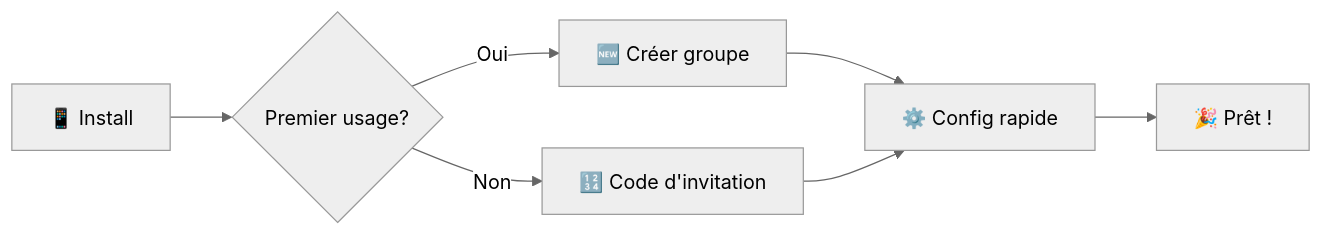
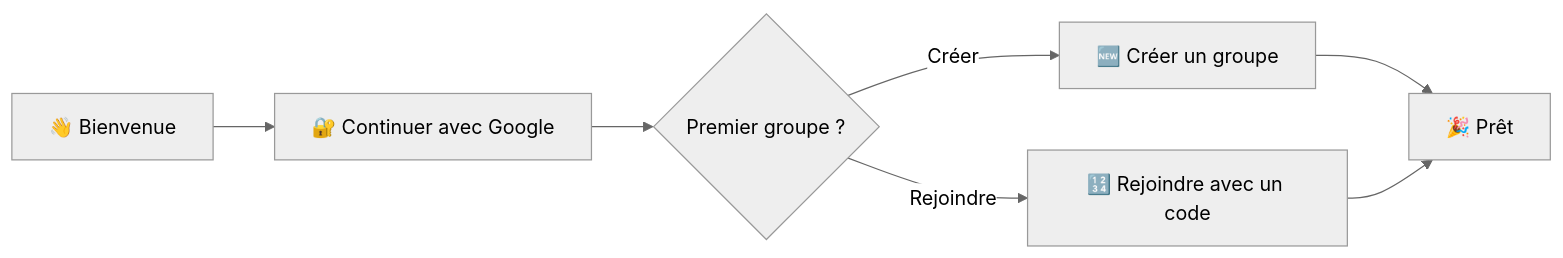
Before and after one commit to Adrien490/jimboa: the diagram in docs/ux-parcours.md, drawn with Mermaid (neutral theme). The commit also changed other lines of this file, not shown here.

````diff
--- a/docs/ux-parcours.md
+++ b/docs/ux-parcours.md
@@ -5,9 +14,9 @@
 ```mermaid
 flowchart LR
-    A[📱 Install] --> B{Premier usage?}
-    B -->|Oui| C[🆕 Créer groupe]
-    B -->|Non| D[🔢 Code d'invitation]
-    C --> E[⚙️ Config rapide]
-    D --> E
-    E --> F[🎉 Prêt !]
+    A[👋 Bienvenue] --> B[🔐 Continuer avec Google]
+    B --> C{Premier groupe ?}
+    C -->|Créer| D[🆕 Créer un groupe]
+    C -->|Rejoindre| E[🔢 Rejoindre avec un code]
+    D --> F[🎉 Prêt]
+    E --> F
 ```
````
